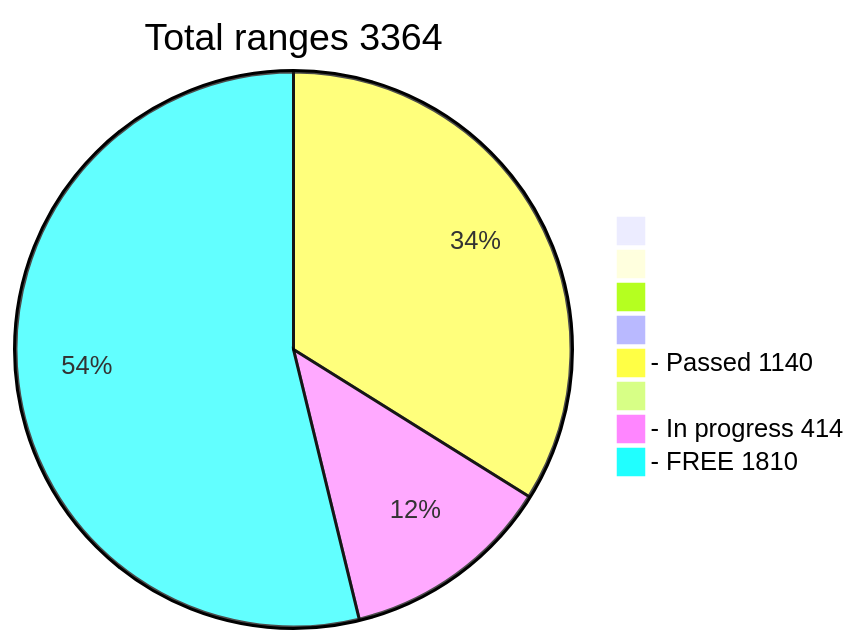
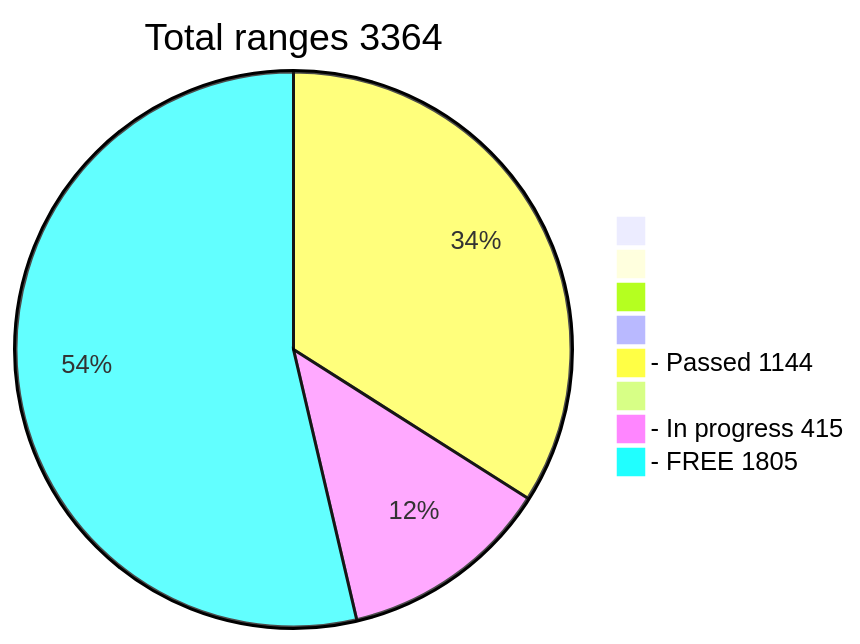
The diagram in README.md (phrutis/wif500), drawn with Mermaid before and after one commit.

````diff
--- a/README.md
+++ b/README.md
@@ -16,12 +16,12 @@
 ```mermaid
 pie title Total ranges 3364
              " " : 0
             "  " : 0
            "   " : 0
           "    " : 0
-  "- Passed 1140" : 1140
+  "- Passed 1144" : 1144
          "     " : 0
-  "- In progress 414" : 414
-   "- FREE 1810" : 1810
+  "- In progress 415" : 415
+   "- FREE 1805" : 1805
    
 ```
````
